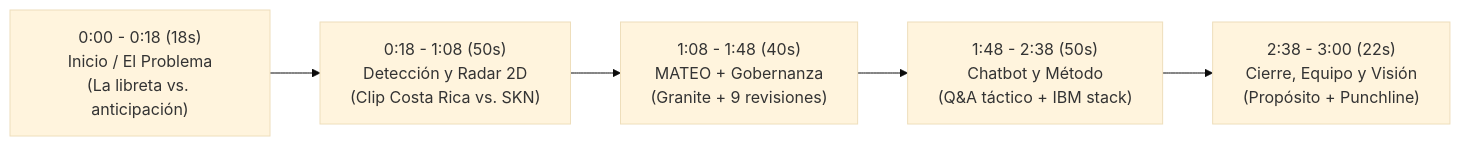
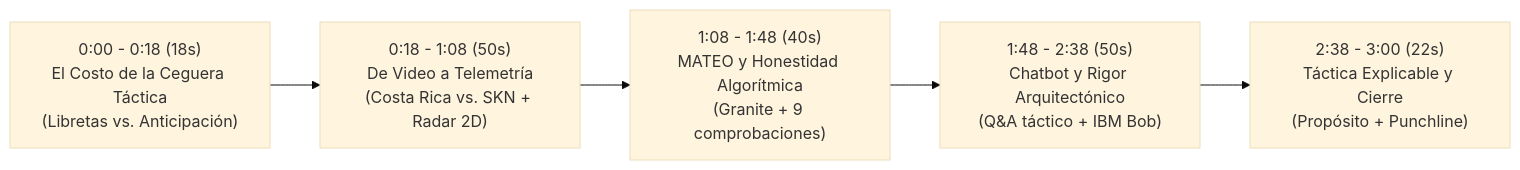
The diagram in PITCH_DECK.md (FerTC8/omnimorph-pitch-storytelling), drawn with Mermaid (base theme) before and after one commit. The commit also changed other lines of this file and 3 other files, not shown here.

````diff
--- a/PITCH_DECK.md
+++ b/PITCH_DECK.md
@@ -13,7 +15,7 @@
 ```mermaid
 flowchart LR
-    A["0:00 - 0:18 (18s)<br/>Inicio / El Problema<br/>(La libreta vs. anticipación)"] --> B["0:18 - 1:08 (50s)<br/>Detección y Radar 2D<br/>(Clip Costa Rica vs. SKN)"]
-    B --> C["1:08 - 1:48 (40s)<br/>MATEO + Gobernanza<br/>(Granite + 9 revisiones)"]
-    C --> D["1:48 - 2:38 (50s)<br/>Chatbot y Método<br/>(Q&A táctico + IBM stack)"]
-    D --> E["2:38 - 3:00 (22s)<br/>Cierre, Equipo y Visión<br/>(Propósito + Punchline)"]
+    A["0:00 - 0:18 (18s)<br/>El Costo de la Ceguera Táctica<br/>(Libretas vs. Anticipación)"] --> B["0:18 - 1:08 (50s)<br/>De Video a Telemetría<br/>(Costa Rica vs. SKN + Radar 2D)"]
+    B --> C["1:08 - 1:48 (40s)<br/>MATEO y Honestidad Algorítmica<br/>(Granite + 9 comprobaciones)"]
+    C --> D["1:48 - 2:38 (50s)<br/>Chatbot y Rigor Arquitectónico<br/>(Q&A táctico + IBM Bob)"]
+    D --> E["2:38 - 3:00 (22s)<br/>Táctica Explicable y Cierre<br/>(Propósito + Punchline)"]
 ```
````
